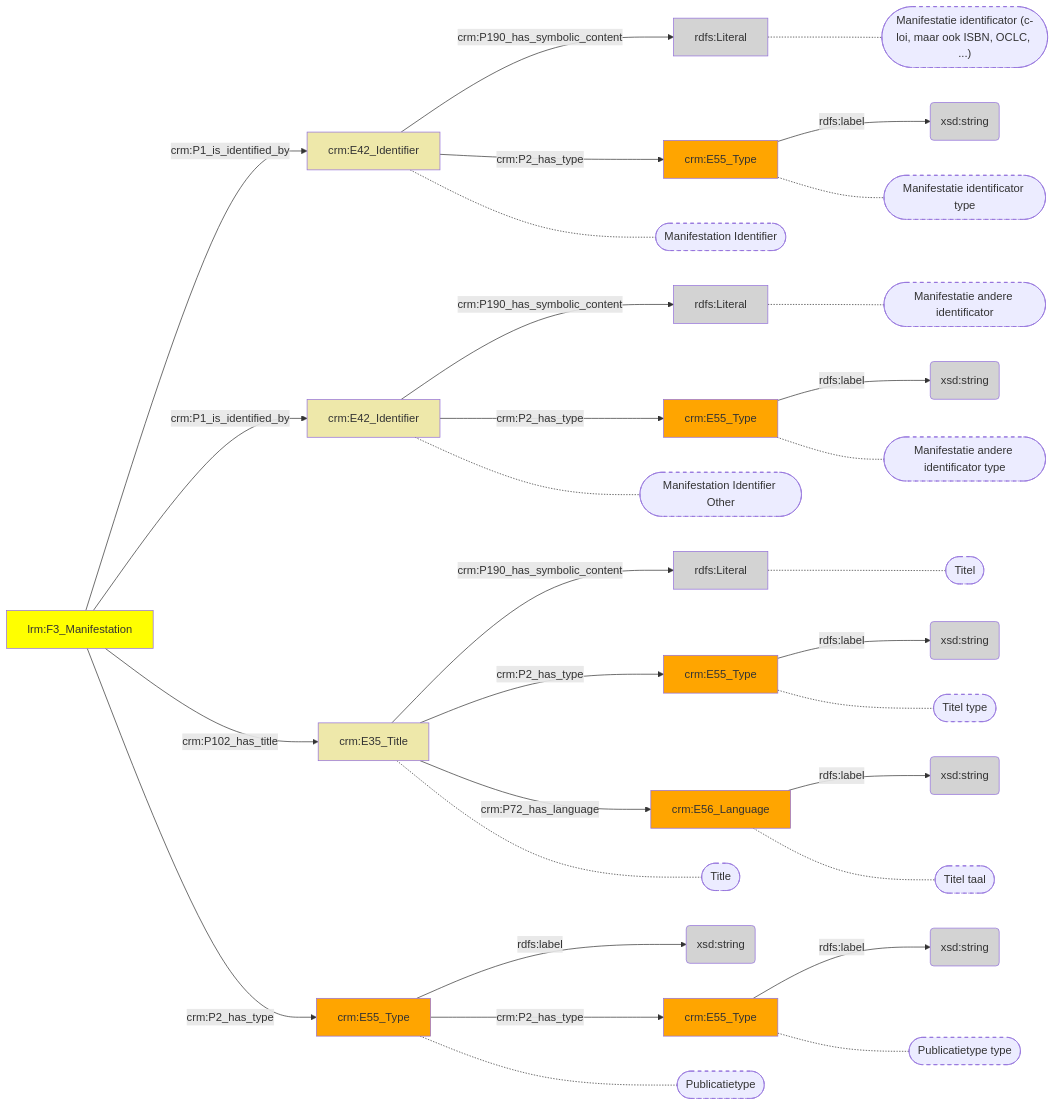
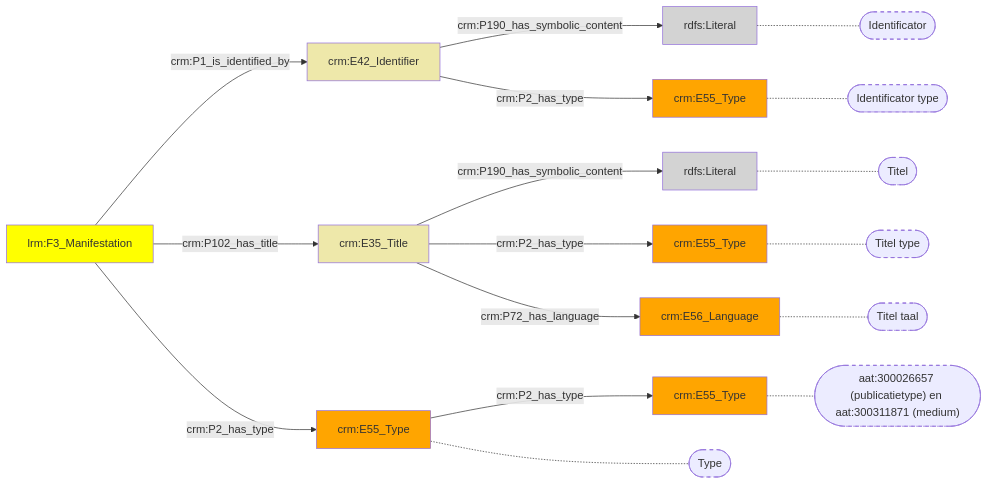
One commit to digipolisantwerpdocumentation/antwerp-cultureel-erfgoed changed the diagram in docs/content/modellen/BibliographicalManifestation/Identificatie.md. Above: the diagram before and after it, drawn with Mermaid. The commit also changed 170 other files, not shown here.

````diff
--- a/docs/content/modellen/BibliographicalManifestation/Identificatie.md
+++ b/docs/content/modellen/BibliographicalManifestation/Identificatie.md
@@ -1,64 +1,36 @@
 ```mermaid
 graph LR
+style 17e0d502-8e93-11ee-8f9d-96a6d245525a fill:#EEE8AA
+style 17e0d8b8-8e93-11ee-8f9d-96a6d245525a fill:#ffa500
+style 17e0da7a-8e93-11ee-8f9d-96a6d245525a fill:#EEE8AA
+style 17e0efec-8e93-11ee-8f9d-96a6d245525a fill:#ffff00
+style 17e11008-8e93-11ee-8f9d-96a6d245525a fill:#ffa500
+style 17e11094-8e93-11ee-8f9d-96a6d245525a fill:#ffa500
+style 17e110da-8e93-11ee-8f9d-96a6d245525a fill:#D3D3D3
+style 17e111f2-8e93-11ee-8f9d-96a6d245525a fill:#ffa500
+style 17e112ba-8e93-11ee-8f9d-96a6d245525a fill:#D3D3D3
+style 17e11300-8e93-11ee-8f9d-96a6d245525a fill:#ffa500
 17e0d502-8e93-11ee-8f9d-96a6d245525a["crm:E35_Title"]-->|"crm:P190_has_symbolic_content"|17e110da-8e93-11ee-8f9d-96a6d245525a(rdfs:Literal)
-17e0d8b8-8e93-11ee-8f9d-96a6d245525a["crm:E55_Type"]-->|"rdfs:label"|17e1127e-8e93-11ee-8f9d-96a6d245525a(xsd:string)
 17e0da7a-8e93-11ee-8f9d-96a6d245525a["crm:E42_Identifier"]-->|"crm:P190_has_symbolic_content"|17e112ba-8e93-11ee-8f9d-96a6d245525a(rdfs:Literal)
-17e11008-8e93-11ee-8f9d-96a6d245525a["crm:E56_Language"]-->|"rdfs:label"|17e11120-8e93-11ee-8f9d-96a6d245525a(xsd:string)
-17e11094-8e93-11ee-8f9d-96a6d245525a["crm:E55_Type"]-->|"rdfs:label"|17e1104e-8e93-11ee-8f9d-96a6d245525a(xsd:string)
-17e111f2-8e93-11ee-8f9d-96a6d245525a["crm:E55_Type"]-->|"rdfs:label"|17e11238-8e93-11ee-8f9d-96a6d245525a(xsd:string)
-17e11300-8e93-11ee-8f9d-96a6d245525a["crm:E55_Type"]-->|"rdfs:label"|17e11346-8e93-11ee-8f9d-96a6d245525a(xsd:string)
-c538dbd4-cf15-11ee-aabf-960002548b4f["crm:E42_Identifier"]-->|"crm:P190_has_symbolic_content"|c538dea4-cf15-11ee-971a-960002548b4f(rdfs:Literal)
-c538df27-cf15-11ee-be5d-960002548b4f["crm:E55_Type"]-->|"rdfs:label"|c538ddf8-cf15-11ee-b62b-960002548b4f(xsd:string)
-17e0d502-8e93-11ee-8f9d-96a6d245525a["crm:E35_Title"]-->|"crm:P2_has_type"|17e11094-8e93-11ee-8f9d-96a6d245525a["crm:E55_Type"]
-17e0d502-8e93-11ee-8f9d-96a6d245525a["crm:E35_Title"]-->|"crm:P72_has_language"|17e11008-8e93-11ee-8f9d-96a6d245525a["crm:E56_Language"]
-17e0d8b8-8e93-11ee-8f9d-96a6d245525a["crm:E55_Type"]-->|"crm:P2_has_type"|17e111f2-8e93-11ee-8f9d-96a6d245525a["crm:E55_Type"]
-17e0da7a-8e93-11ee-8f9d-96a6d245525a["crm:E42_Identifier"]-->|"crm:P2_has_type"|17e11300-8e93-11ee-8f9d-96a6d245525a["crm:E55_Type"]
-17e0efec-8e93-11ee-8f9d-96a6d245525a["lrm:F3_Manifestation"]-->|"crm:P1_is_identified_by"|17e0da7a-8e93-11ee-8f9d-96a6d245525a["crm:E42_Identifier"]
-17e0efec-8e93-11ee-8f9d-96a6d245525a["lrm:F3_Manifestation"]-->|"crm:P1_is_identified_by"|c538dbd4-cf15-11ee-aabf-960002548b4f["crm:E42_Identifier"]
-17e0efec-8e93-11ee-8f9d-96a6d245525a["lrm:F3_Manifestation"]-->|"crm:P102_has_title"|17e0d502-8e93-11ee-8f9d-96a6d245525a["crm:E35_Title"]
-17e0efec-8e93-11ee-8f9d-96a6d245525a["lrm:F3_Manifestation"]-->|"crm:P2_has_type"|17e0d8b8-8e93-11ee-8f9d-96a6d245525a["crm:E55_Type"]
-c538dbd4-cf15-11ee-aabf-960002548b4f["crm:E42_Identifier"]-->|"crm:P2_has_type"|c538df27-cf15-11ee-be5d-960002548b4f["crm:E55_Type"]
-17e110da-8e93-11ee-8f9d-96a6d245525a["rdfs:Literal"]-.-17e110da-8e93-11ee-8f9d-96a6d245525a_s(["Titel"])
-17e11094-8e93-11ee-8f9d-96a6d245525a["crm:E55_Type"]-.-17e11094-8e93-11ee-8f9d-96a6d245525a_s(["Titel type"])
-17e11008-8e93-11ee-8f9d-96a6d245525a["crm:E56_Language"]-.-17e11008-8e93-11ee-8f9d-96a6d245525a_s(["Titel taal"])
-17e111f2-8e93-11ee-8f9d-96a6d245525a["crm:E55_Type"]-.-17e111f2-8e93-11ee-8f9d-96a6d245525a_s(["Publicatietype type"])
-17e112ba-8e93-11ee-8f9d-96a6d245525a["rdfs:Literal"]-.-17e112ba-8e93-11ee-8f9d-96a6d245525a_s(["Manifestatie identificator (c-loi, maar ook ISBN, OCLC, ...)"])
-17e11300-8e93-11ee-8f9d-96a6d245525a["crm:E55_Type"]-.-17e11300-8e93-11ee-8f9d-96a6d245525a_s(["Manifestatie identificator type"])
-17e0da7a-8e93-11ee-8f9d-96a6d245525a["crm:E42_Identifier"]-.-17e0da7a-8e93-11ee-8f9d-96a6d245525a_s(["Manifestation Identifier"])
-c538dbd4-cf15-11ee-aabf-960002548b4f["crm:E42_Identifier"]-.-c538dbd4-cf15-11ee-aabf-960002548b4f_s(["Manifestation Identifier Other"])
-17e0d502-8e93-11ee-8f9d-96a6d245525a["crm:E35_Title"]-.-17e0d502-8e93-11ee-8f9d-96a6d245525a_s(["Title"])
-17e0d8b8-8e93-11ee-8f9d-96a6d245525a["crm:E55_Type"]-.-17e0d8b8-8e93-11ee-8f9d-96a6d245525a_s(["Publicatietype"])
-c538dea4-cf15-11ee-971a-960002548b4f["rdfs:Literal"]-.-c538dea4-cf15-11ee-971a-960002548b4f_s(["Manifestatie andere identificator"])
-c538df27-cf15-11ee-be5d-960002548b4f["crm:E55_Type"]-.-c538df27-cf15-11ee-be5d-960002548b4f_s(["Manifestatie andere identificator type"])
 style 17e110da-8e93-11ee-8f9d-96a6d245525a_s stroke-dasharray: 5
 style 17e11094-8e93-11ee-8f9d-96a6d245525a_s stroke-dasharray: 5
 style 17e11008-8e93-11ee-8f9d-96a6d245525a_s stroke-dasharray: 5
 style 17e111f2-8e93-11ee-8f9d-96a6d245525a_s stroke-dasharray: 5
 style 17e112ba-8e93-11ee-8f9d-96a6d245525a_s stroke-dasharray: 5
 style 17e11300-8e93-11ee-8f9d-96a6d245525a_s stroke-dasharray: 5
-style 17e0da7a-8e93-11ee-8f9d-96a6d245525a_s stroke-dasharray: 5
-style c538dbd4-cf15-11ee-aabf-960002548b4f_s stroke-dasharray: 5
-style 17e0d502-8e93-11ee-8f9d-96a6d245525a_s stroke-dasharray: 5
 style 17e0d8b8-8e93-11ee-8f9d-96a6d245525a_s stroke-dasharray: 5
-style c538dea4-cf15-11ee-971a-960002548b4f_s stroke-dasharray: 5
-style c538df27-cf15-11ee-be5d-960002548b4f_s stroke-dasharray: 5
-style 17e0d502-8e93-11ee-8f9d-96a6d245525a fill:#EEE8AA
-style 17e0d8b8-8e93-11ee-8f9d-96a6d245525a fill:#ffa500
-style 17e0da7a-8e93-11ee-8f9d-96a6d245525a fill:#EEE8AA
-style 17e0efec-8e93-11ee-8f9d-96a6d245525a fill:#ffff00
-style 17e11008-8e93-11ee-8f9d-96a6d245525a fill:#ffa500
-style 17e1104e-8e93-11ee-8f9d-96a6d245525a fill:#D3D3D3
-style 17e11094-8e93-11ee-8f9d-96a6d245525a fill:#ffa500
-style 17e110da-8e93-11ee-8f9d-96a6d245525a fill:#D3D3D3
-style 17e11120-8e93-11ee-8f9d-96a6d245525a fill:#D3D3D3
-style 17e111f2-8e93-11ee-8f9d-96a6d245525a fill:#ffa500
-style 17e11238-8e93-11ee-8f9d-96a6d245525a fill:#D3D3D3
-style 17e1127e-8e93-11ee-8f9d-96a6d245525a fill:#D3D3D3
-style 17e112ba-8e93-11ee-8f9d-96a6d245525a fill:#D3D3D3
-style 17e11300-8e93-11ee-8f9d-96a6d245525a fill:#ffa500
-style 17e11346-8e93-11ee-8f9d-96a6d245525a fill:#D3D3D3
-style c538dbd4-cf15-11ee-aabf-960002548b4f fill:#EEE8AA
-style c538ddf8-cf15-11ee-b62b-960002548b4f fill:#D3D3D3
-style c538dea4-cf15-11ee-971a-960002548b4f fill:#D3D3D3
-style c538df27-cf15-11ee-be5d-960002548b4f fill:#ffa500
+17e110da-8e93-11ee-8f9d-96a6d245525a["rdfs:Literal"]-.-17e110da-8e93-11ee-8f9d-96a6d245525a_s(["Titel"])
+17e11094-8e93-11ee-8f9d-96a6d245525a["crm:E55_Type"]-.-17e11094-8e93-11ee-8f9d-96a6d245525a_s(["Titel type"])
+17e11008-8e93-11ee-8f9d-96a6d245525a["crm:E56_Language"]-.-17e11008-8e93-11ee-8f9d-96a6d245525a_s(["Titel taal"])
+17e111f2-8e93-11ee-8f9d-96a6d245525a["crm:E55_Type"]-.-17e111f2-8e93-11ee-8f9d-96a6d245525a_s(["aat:300026657 (publicatietype) en aat:300311871 (medium)"])
+17e112ba-8e93-11ee-8f9d-96a6d245525a["rdfs:Literal"]-.-17e112ba-8e93-11ee-8f9d-96a6d245525a_s(["Identificator"])
+17e11300-8e93-11ee-8f9d-96a6d245525a["crm:E55_Type"]-.-17e11300-8e93-11ee-8f9d-96a6d245525a_s(["Identificator type"])
+17e0d8b8-8e93-11ee-8f9d-96a6d245525a["crm:E55_Type"]-.-17e0d8b8-8e93-11ee-8f9d-96a6d245525a_s(["Type"])
+17e0d502-8e93-11ee-8f9d-96a6d245525a["crm:E35_Title"]-->|"crm:P2_has_type"|17e11094-8e93-11ee-8f9d-96a6d245525a["crm:E55_Type"]
+17e0d502-8e93-11ee-8f9d-96a6d245525a["crm:E35_Title"]-->|"crm:P72_has_language"|17e11008-8e93-11ee-8f9d-96a6d245525a["crm:E56_Language"]
+17e0d8b8-8e93-11ee-8f9d-96a6d245525a["crm:E55_Type"]-->|"crm:P2_has_type"|17e111f2-8e93-11ee-8f9d-96a6d245525a["crm:E55_Type"]
+17e0da7a-8e93-11ee-8f9d-96a6d245525a["crm:E42_Identifier"]-->|"crm:P2_has_type"|17e11300-8e93-11ee-8f9d-96a6d245525a["crm:E55_Type"]
+17e0efec-8e93-11ee-8f9d-96a6d245525a["lrm:F3_Manifestation"]-->|"crm:P1_is_identified_by"|17e0da7a-8e93-11ee-8f9d-96a6d245525a["crm:E42_Identifier"]
+17e0efec-8e93-11ee-8f9d-96a6d245525a["lrm:F3_Manifestation"]-->|"crm:P102_has_title"|17e0d502-8e93-11ee-8f9d-96a6d245525a["crm:E35_Title"]
+17e0efec-8e93-11ee-8f9d-96a6d245525a["lrm:F3_Manifestation"]-->|"crm:P2_has_type"|17e0d8b8-8e93-11ee-8f9d-96a6d245525a["crm:E55_Type"]
 ```
````
